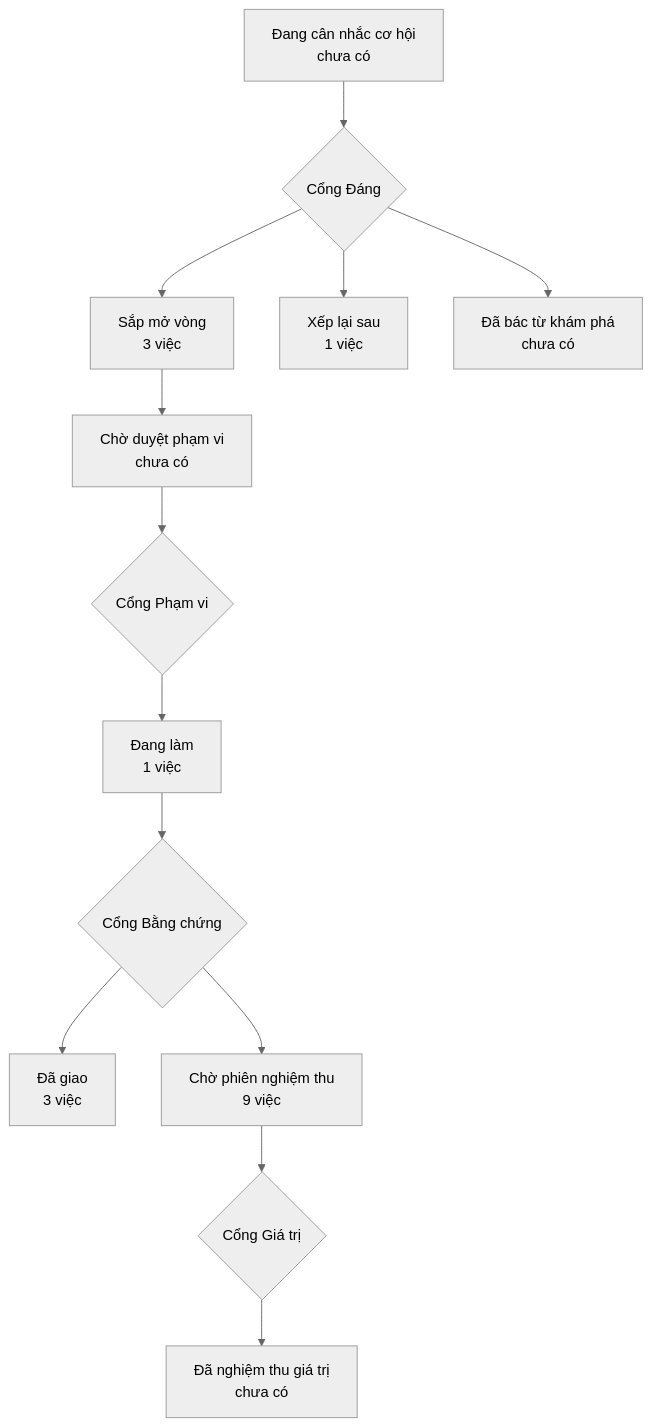
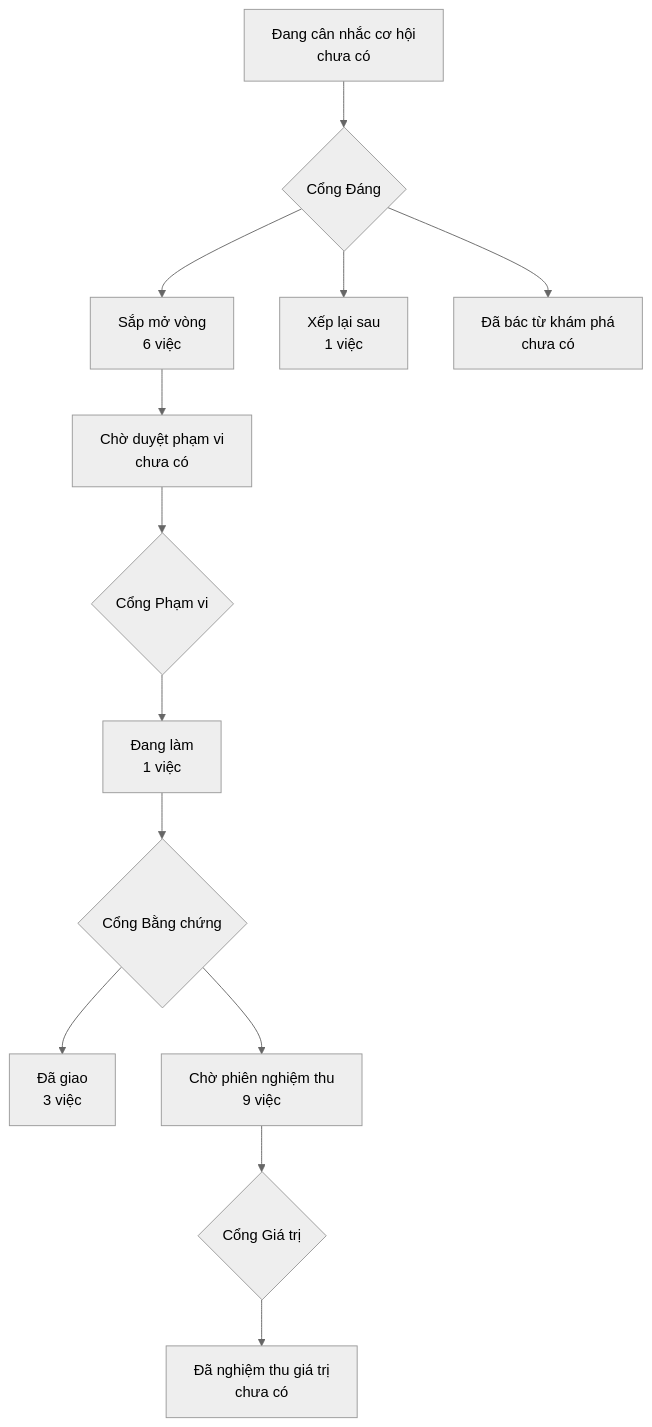
One commit to phanlemanh/onehub-quy-hang changed the diagram in PRODUCT-MAP.md. Above: the diagram before and after it, drawn with Mermaid (neutral theme). The commit also changed other lines of this file and 1 other file, not shown here.

````diff
--- a/PRODUCT-MAP.md
+++ b/PRODUCT-MAP.md
@@ -7,12 +7,12 @@
 ```mermaid
 flowchart TD
   A["Đang cân nhắc cơ hội<br/>chưa có"] --> GD{"Cổng Đáng"}
-  GD --> B["Sắp mở vòng<br/>3 việc"]
+  GD --> B["Sắp mở vòng<br/>6 việc"]
   GD --> XL["Xếp lại sau<br/>1 việc"]
   GD --> DB["Đã bác từ khám phá<br/>chưa có"]
   B --> CD["Chờ duyệt phạm vi<br/>chưa có"] --> GP{"Cổng Phạm vi"}
   GP --> DL["Đang làm<br/>1 việc"] --> GB{"Cổng Bằng chứng"}
   GB --> DG["Đã giao<br/>3 việc"]
   GB --> CN["Chờ phiên nghiệm thu<br/>9 việc"] --> GG{"Cổng Giá trị"}
   GG --> NT["Đã nghiệm thu giá trị<br/>chưa có"]
 ```
````
